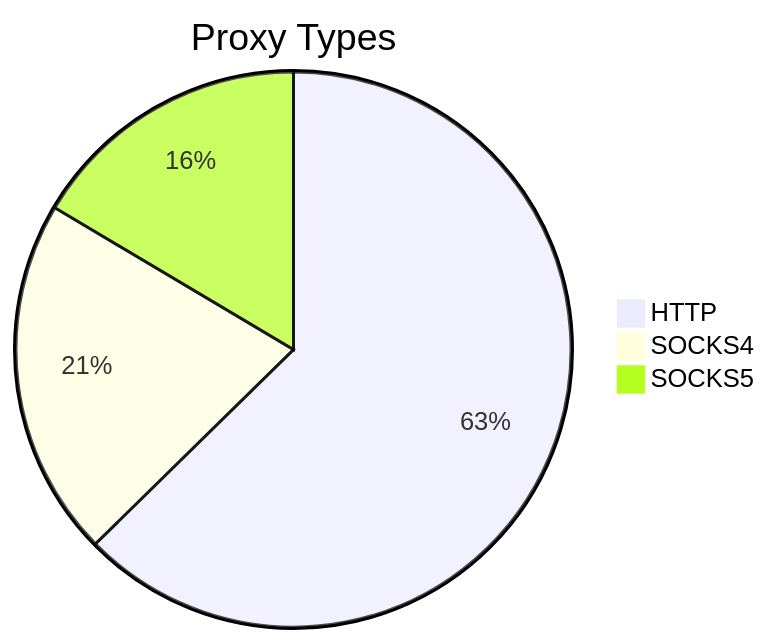
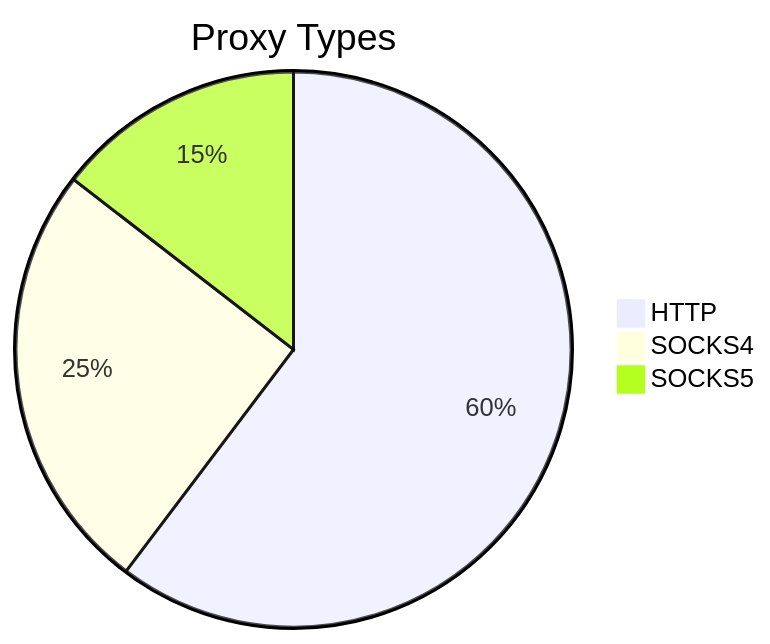
The first of 2 diagrams in README.md (stormsia/proxy-list), drawn with Mermaid before and after one commit. The commit also changed other lines of this file, not shown here.

````diff
--- a/README.md
+++ b/README.md
@@ -21,6 +21,6 @@
 ```mermaid
 pie title Proxy Types
-    "HTTP" : 369
-    "SOCKS4" : 123
-    "SOCKS5" : 97
+    "HTTP" : 328
+    "SOCKS4" : 137
+    "SOCKS5" : 79
 ```
````
